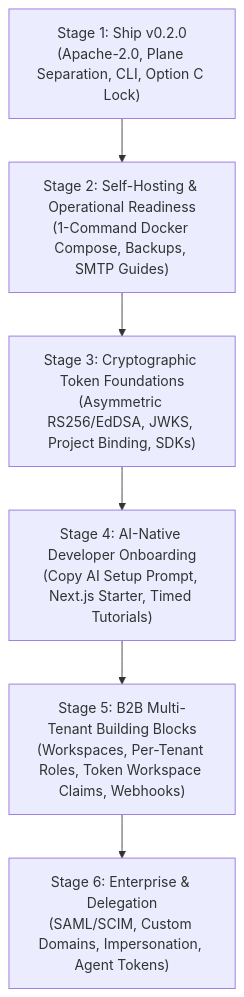
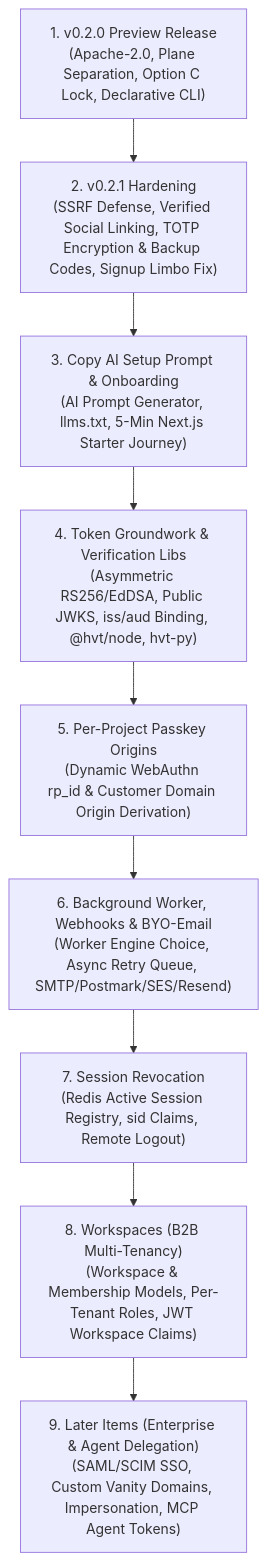
Before and after one commit to markodera/hvt: the diagram in fe2proposal.md, drawn with Mermaid. The commit also changed other lines of this file and 5 other files, not shown here.

Commit message:
docs: roadmap v1.2, decisions and backlog

````diff
--- a/fe2proposal.md
+++ b/fe2proposal.md
@@ -37,11 +46,14 @@
 ```mermaid
 flowchart TD
-    Step1["Stage 1: Ship v0.2.0<br>(Apache-2.0, Plane Separation, CLI, Option C Lock)"]
-    Step2["Stage 2: Self-Hosting & Operational Readiness<br>(1-Command Docker Compose, Backups, SMTP Guides)"]
-    Step3["Stage 3: Cryptographic Token Foundations<br>(Asymmetric RS256/EdDSA, JWKS, Project Binding, SDKs)"]
-    Step4["Stage 4: AI-Native Developer Onboarding<br>(Copy AI Setup Prompt, Next.js Starter, Timed Tutorials)"]
-    Step5["Stage 5: B2B Multi-Tenant Building Blocks<br>(Workspaces, Per-Tenant Roles, Token Workspace Claims, Webhooks)"]
-    Step6["Stage 6: Enterprise & Delegation<br>(SAML/SCIM, Custom Domains, Impersonation, Agent Tokens)"]
+    Step1["1. v0.2.0 Preview Release<br>(Apache-2.0, Plane Separation, Option C Lock, Declarative CLI)"]
+    Step2["2. v0.2.1 Hardening<br>(SSRF Defense, Verified Social Linking, TOTP Encryption & Backup Codes, Signup Limbo Fix)"]
+    Step3["3. Copy AI Setup Prompt & Onboarding<br>(AI Prompt Generator, llms.txt, 5-Min Next.js Starter Journey)"]
+    Step4["4. Token Groundwork & Verification Libs<br>(Asymmetric RS256/EdDSA, Public JWKS, iss/aud Binding, @hvt/node, hvt-py)"]
+    Step5["5. Per-Project Passkey Origins<br>(Dynamic WebAuthn rp_id & Customer Domain Origin Derivation)"]
+    Step6["6. Background Worker, Webhooks & BYO-Email<br>(Worker Engine Choice, Async Retry Queue, SMTP/Postmark/SES/Resend)"]
+    Step7["7. Session Revocation<br>(Redis Active Session Registry, sid Claims, Remote Logout)"]
+    Step8["8. Workspaces (B2B Multi-Tenancy)<br>(Workspace & Membership Models, Per-Tenant Roles, JWT Workspace Claims)"]
+    Step9["9. Later Items (Enterprise & Agent Delegation)<br>(SAML/SCIM SSO, Custom Vanity Domains, Impersonation, MCP Agent Tokens)"]
 
-    Step1 --> Step2 --> Step3 --> Step4 --> Step5 --> Step6
+    Step1 --> Step2 --> Step3 --> Step4 --> Step5 --> Step6 --> Step7 --> Step8 --> Step9
 ```
````
